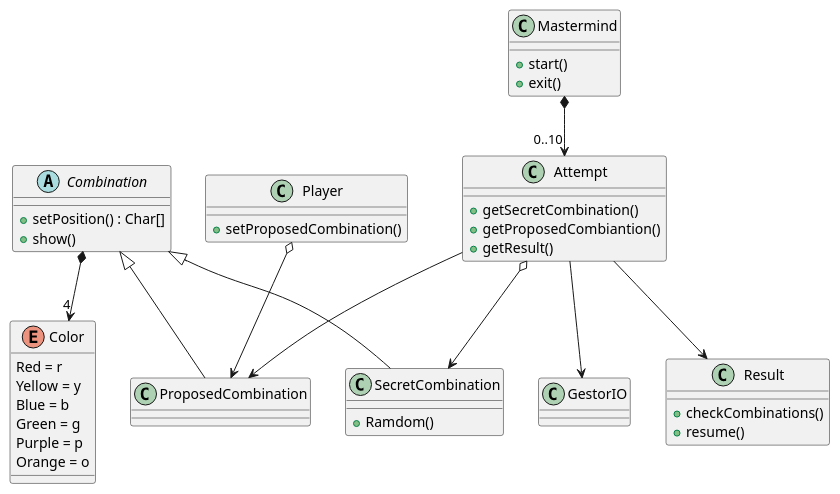
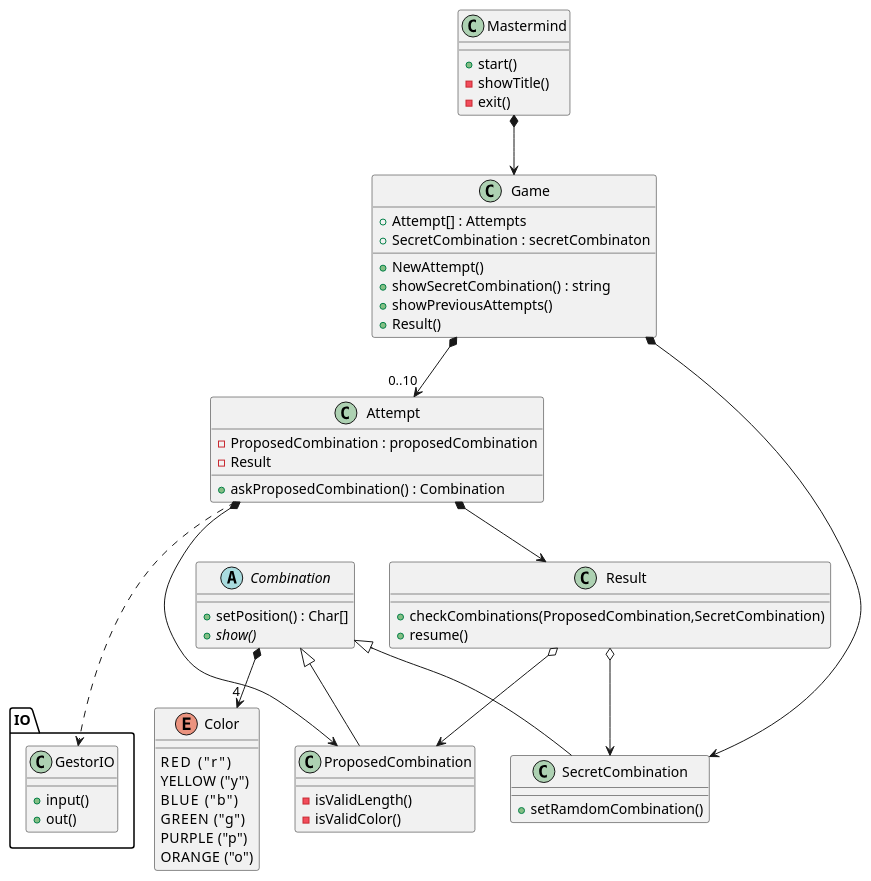
One commit to Master-Desarrollo-20-21/ejercicio-2-vista-publica-clases-mastermind-kiarras changed the diagram in Mastermind.wsd. Above: the diagram before and after it, drawn with PlantUML.

Commit message:
practice

```diff
--- a/Mastermind.wsd
+++ b/Mastermind.wsd
@@ -1,44 +1,64 @@
 @startuml Mastermind
 class Mastermind{
   + start()
-  + exit()
+  - showTitle()
+  - exit()
 }
-Mastermind *--> "0..10" Attempt
-class Player{
-    +setProposedCombination()
+Mastermind *--> Game
+class Game{
+    + Attempt[] : Attempts
+    + SecretCombination : secretCombinaton
+    + NewAttempt()
+    + showSecretCombination() : string
+    + showPreviousAttempts()
+    + Result()
 }
-Player o--> ProposedCombination
+Game *--> "0..10" Attempt
+Game *--> SecretCombination
+
+class Attempt{
+    - ProposedCombination : proposedCombination
+    - Result
+    + askProposedCombination() : Combination
+}
+Attempt *--> ProposedCombination
+Attempt *--> Result
+
 abstract class Combination{
     + setPosition() : Char[]
-    + show()
+    {abstract} + show()
 }
 Combination *--> "4" Color
 enum Color{
-    Red = r
-    Yellow = y
-    Blue = b
-    Green = g
-    Purple = p
-    Orange = o
+    RED     ("r")
+    YELLOW  ("y")
+    BLUE    ("b")
+    GREEN   ("g")
+    PURPLE  ("p")
+    ORANGE  ("o")
 }
 Combination <|-- SecretCombination
 Combination <|-- ProposedCombination
 Class SecretCombination{
-    + Ramdom()
+    + setRamdomCombination()
+}
+Class ProposedCombination{
+    - isValidLength()
+    - isValidColor() 
 }
 
-class Attempt{
-    + getSecretCombination()
-    + getProposedCombiantion()
-    + getResult()
-}
-Attempt --> Result
-Attempt o--> SecretCombination
-Attempt --> ProposedCombination
 class Result{
-    +checkCombinations()
+    +checkCombinations(ProposedCombination,SecretCombination)
     +resume()
 }
-Class GestorIO
-Attempt --> GestorIO
+Result o--> SecretCombination
+Result o--> ProposedCombination
+
+package IO{
+    Class GestorIO{
+        + input()
+        + out()
+    }
+}
+Attempt ...> GestorIO
 @enduml
```
